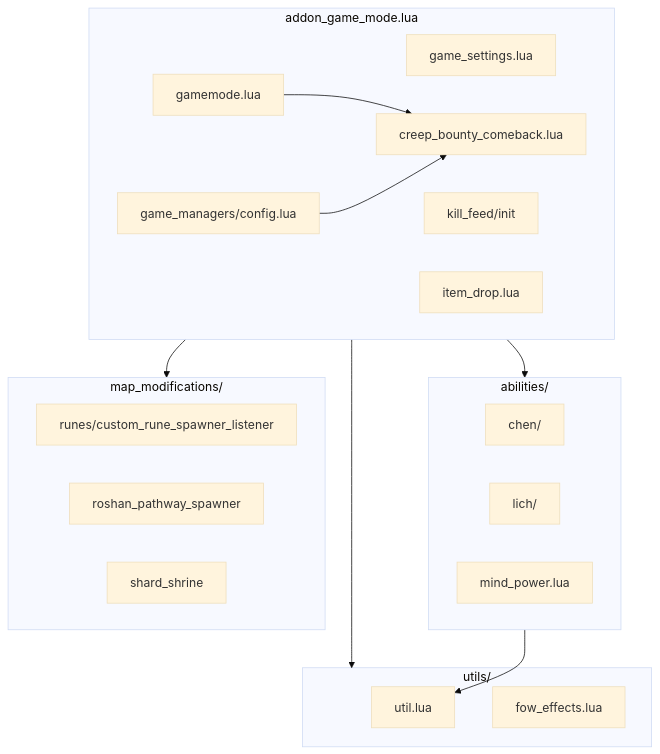
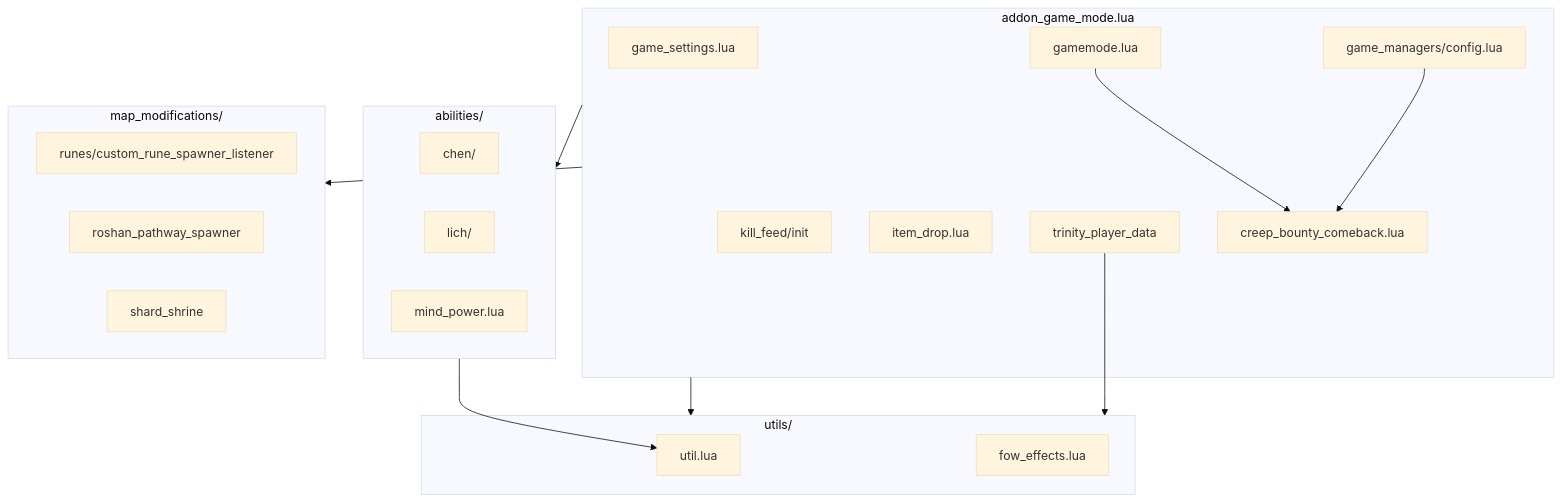
The third of 5 diagrams in docs/AGENTS.md (konalt1/Trinity), drawn with Mermaid (base theme) before and after one commit. The commit also changed other lines of this file and 50 other files, not shown here.

````diff
--- a/docs/AGENTS.md
+++ b/docs/AGENTS.md
@@ -812,35 +918,37 @@
 ```mermaid
 graph TB
     subgraph Entry["addon_game_mode.lua"]
         GS[game_settings.lua]
         GM[gamemode.lua]
         CFG[game_managers/config.lua]
         CBC[creep_bounty_comeback.lua]
         KF[kill_feed/init]
         ID[item_drop.lua]
+        PD[trinity_player_data]
     end
 
     subgraph Utils["utils/"]
         UTIL[util.lua]
         FOW[fow_effects.lua]
     end
 
     subgraph Heroes["abilities/"]
         CHEN[chen/]
         LICH[lich/]
         MP[mind_power.lua]
     end
 
     subgraph Map["map_modifications/"]
         RUNES[runes/custom_rune_spawner_listener]
         ROSH[roshan_pathway_spawner]
         SHR[shard_shrine]
     end
 
     Entry --> Utils
     Entry --> Heroes
     Entry --> Map
     GM --> CBC
     CFG --> CBC
+    PD --> Utils
     Heroes --> UTIL
 ```
````
